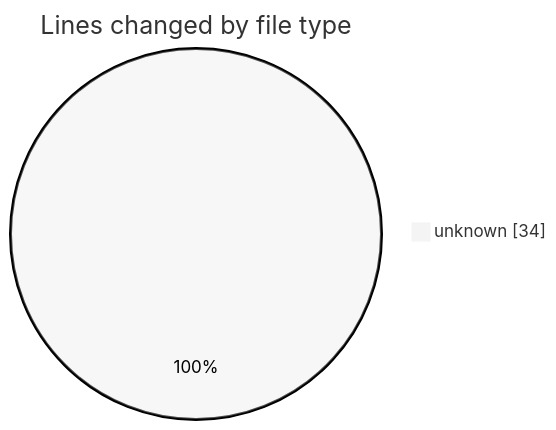
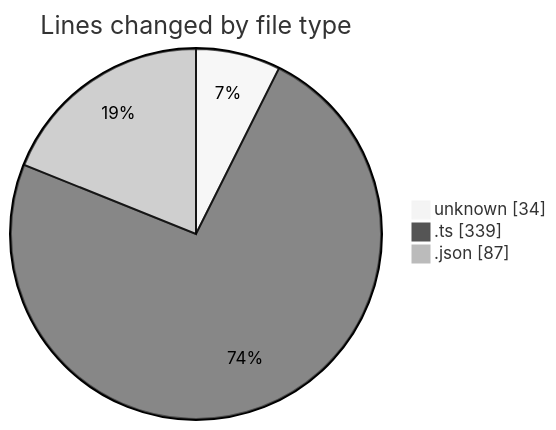
Before and after one commit to lephambinh05/code-tracking: the first of 2 diagrams in 2025-07-13/rentotp/README.md, drawn with Mermaid (neutral theme). The commit also changed other lines of this file and 1 other file, not shown here.

````diff
--- a/2025-07-13/rentotp/README.md
+++ b/2025-07-13/rentotp/README.md
@@ -20,5 +30,7 @@
 ```mermaid
 pie showData
 title Lines changed by file type
 "unknown" : 34
+".ts" : 339
+".json" : 87
 ```
````
